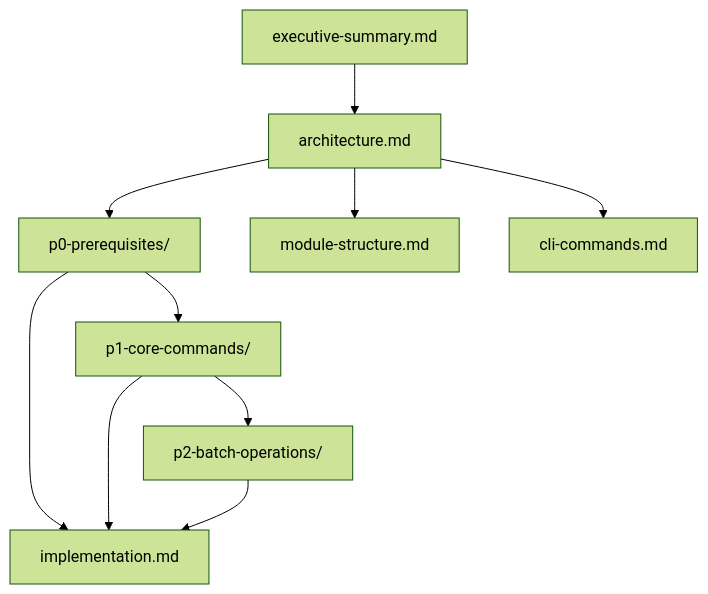
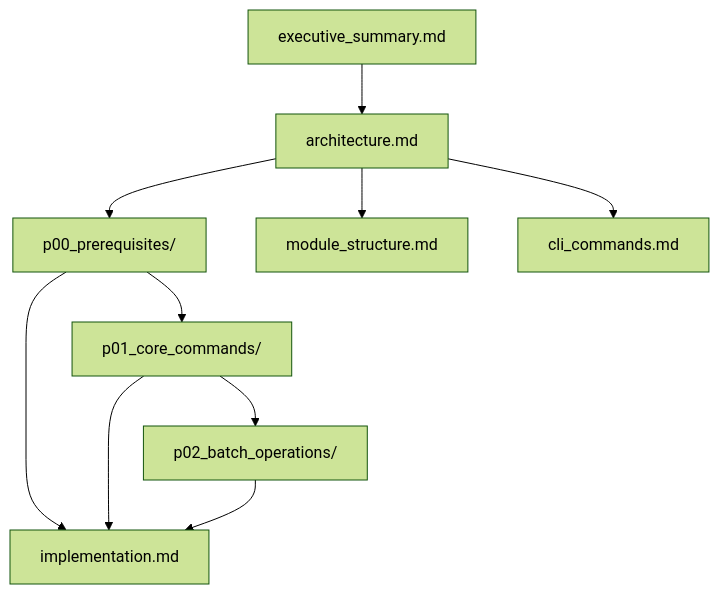
The diagram in .agent_plan/day_dream/module-lifecycle/_overview.md (AI-Driven-Highspeed-Development/adhd_framework_v3), drawn with Mermaid (forest theme) before and after one commit. The commit also changed other lines of this file and 66 other files, not shown here.

````diff
--- a/.agent_plan/day_dream/module-lifecycle/_overview.md
+++ b/.agent_plan/day_dream/module-lifecycle/_overview.md
@@ -26,12 +26,12 @@
 ```mermaid
 flowchart TB
-    ES[executive-summary.md] --> ARCH[architecture.md]
-    ARCH --> P0[p0-prerequisites/]
-    P0 --> P1[p1-core-commands/]
-    P1 --> P2[p2-batch-operations/]
+    ES[executive_summary.md] --> ARCH[architecture.md]
+    ARCH --> P0[p00_prerequisites/]
+    P0 --> P1[p01_core_commands/]
+    P1 --> P2[p02_batch_operations/]
     P0 --> IMPL[implementation.md]
     P1 --> IMPL
     P2 --> IMPL
-    ARCH --> MOD[module-structure.md]
-    ARCH --> CLI[cli-commands.md]
+    ARCH --> MOD[module_structure.md]
+    ARCH --> CLI[cli_commands.md]
 ```
````
